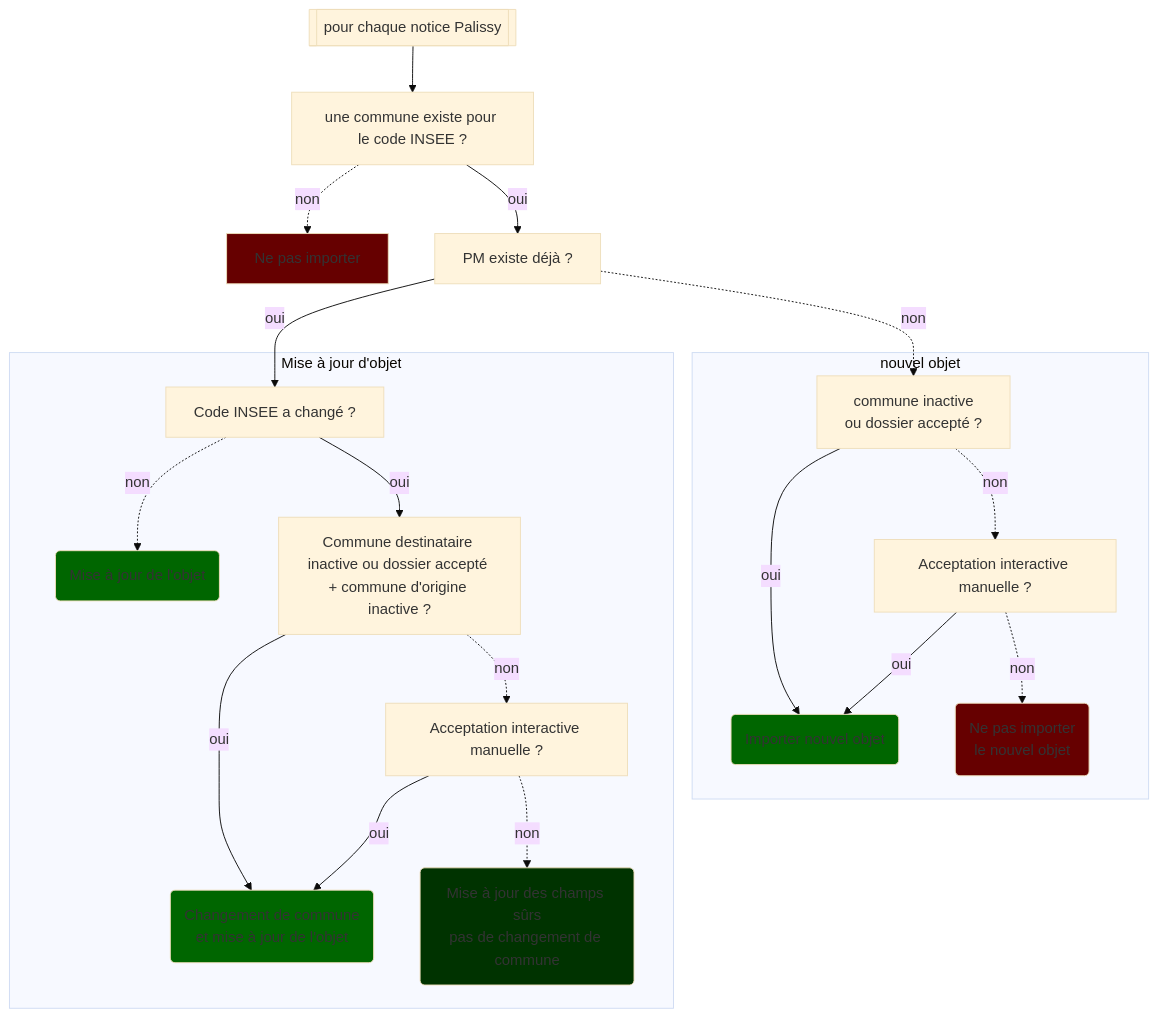
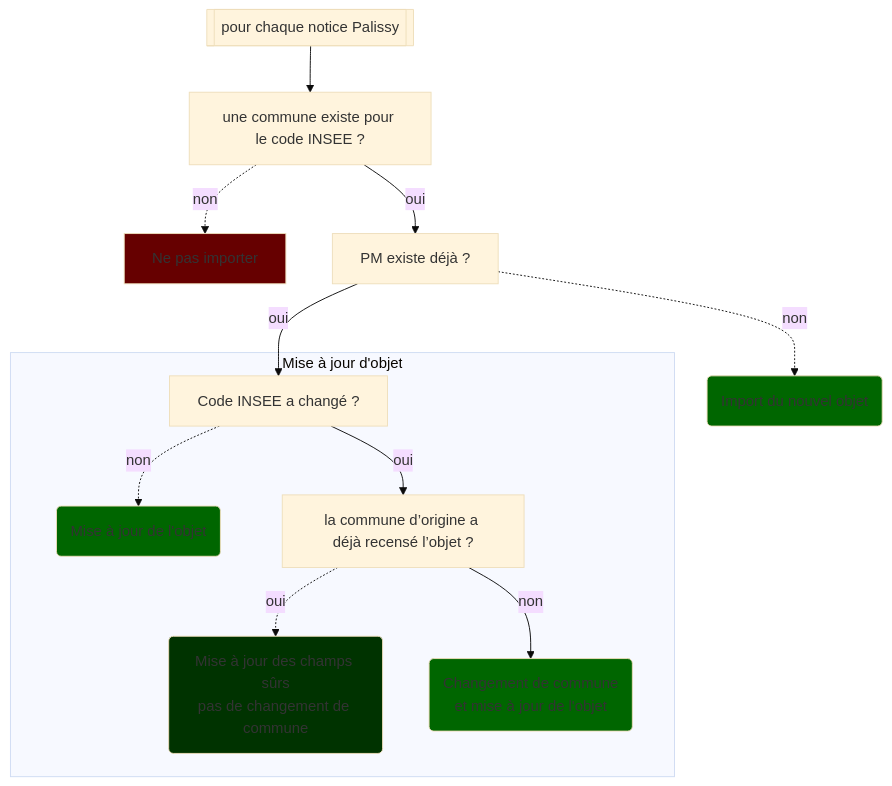
Before and after one commit to betagouv/collectif-objets: the fourth of 4 diagrams in README.md, drawn with Mermaid (base theme). The commit also changed 6 other files, not shown here.

````diff
--- a/README.md
+++ b/README.md
@@ -538,36 +538,25 @@
 ```mermaid
 flowchart TD
   palissy[[pour chaque notice Palissy]]
   palissy -->code_insee_existe[une commune existe pour le code INSEE ?]
   code_insee_existe -.->|non| ne_pas_importer[Ne pas importer]
   code_insee_existe -->|oui| pm_existe[PM existe déjà ?]
 
   pm_existe -->|oui| changement_de_commune[Code INSEE a changé ?]
-  pm_existe -.->|non| commune_ok[commune inactive \n ou dossier accepté ?]
+  pm_existe -.->|non| import_nouvel_objet(Import du nouvel objet)
 
-  subgraph nouvel objet
-  commune_ok -->|oui| import_nouvel_objet(Importer nouvel objet)
-  commune_ok -.->|non| interactive1[Acceptation interactive manuelle ?]
-
-  interactive1 -.->|non| ne_pas_importer_nouvel_objet(Ne pas importer \nle nouvel objet)
-  interactive1 -->|oui| import_nouvel_objet
-  end
 
   subgraph Mise à jour d'objet
   changement_de_commune -.->|non| mise_a_jour(Mise à jour de l'objet)
-  changement_de_commune -->|oui| 2_communes_ok[Commune destinataire inactive ou dossier accepté \n+ commune d'origine inactive ?]
+  changement_de_commune -->|oui| 2_communes_ok[la commune d’origine a déjà recensé l’objet ?]
 
-  2_communes_ok -->|oui| mise_a_jour_et_changement_commune(Changement de commune\net mise à jour de l'objet)
-  2_communes_ok -.->|non| interactive2[Acceptation interactive manuelle ?]
-
-  interactive2 -->|oui| mise_a_jour_et_changement_commune
-  interactive2 -.->|non| mise_a_jour_prudente(Mise à jour des champs sûrs\npas de changement de commune)
+  2_communes_ok -.->|oui| mise_a_jour_prudente(Mise à jour des champs sûrs\npas de changement de commune)
+  2_communes_ok -->|non| mise_a_jour_et_changement_commune(Changement de commune\net mise à jour de l'objet)
   end
 
   style mise_a_jour fill:#006600
   style import_nouvel_objet fill:#006600
   style mise_a_jour_et_changement_commune fill:#006600
   style mise_a_jour_prudente fill:#003300
   style ne_pas_importer fill:#660000
-  style ne_pas_importer_nouvel_objet fill:#660000
 ```
````
